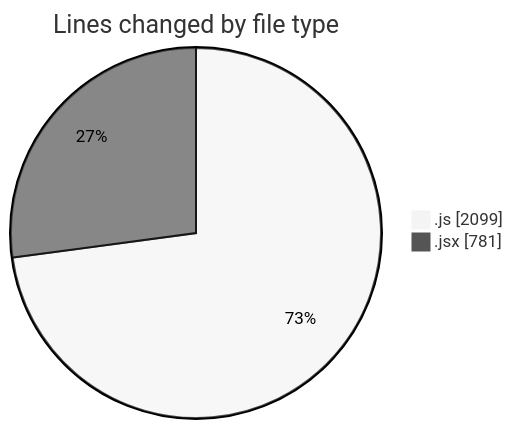
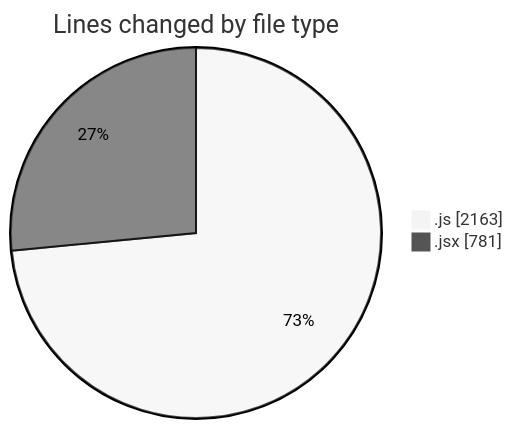
Before and after one commit to nxtqubesakshisongat/code-tracking: the first of 2 diagrams in 2025-09-11/nxtqube_webapp/README.md, drawn with Mermaid (neutral theme). The commit also changed other lines of this file and 1 other file, not shown here.

````diff
--- a/2025-09-11/nxtqube_webapp/README.md
+++ b/2025-09-11/nxtqube_webapp/README.md
@@ -24,6 +25,6 @@
 ```mermaid
 pie showData
 title Lines changed by file type
-".js" : 2099
+".js" : 2163
 ".jsx" : 781
 ```
````
